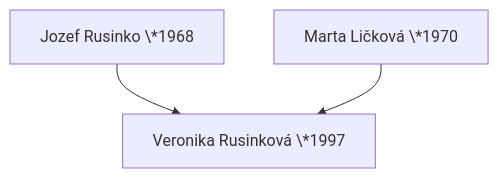
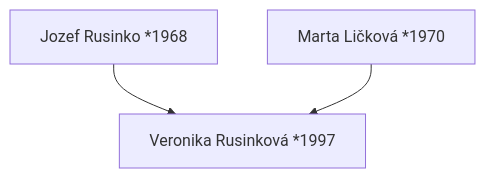
The third of 6 diagrams in docs/rodokmen.md (vrusi/genealogia), drawn with Mermaid before and after one commit. The commit also changed other lines of this file, not shown here.

Commit message:
Web: mermaid stromy bez backslashov pred hviezdickami, Rudolf *1910

````diff
--- a/docs/rodokmen.md
+++ b/docs/rodokmen.md
@@ -144,5 +144,5 @@
 ```mermaid
 graph TD
-  JoR["Jozef Rusinko \*1968"] --> V["Veronika Rusinková \*1997"]
-  ML["Marta Ličková \*1970"] --> V
+  JoR["Jozef Rusinko *1968"] --> V["Veronika Rusinková *1997"]
+  ML["Marta Ličková *1970"] --> V
 ```
````
